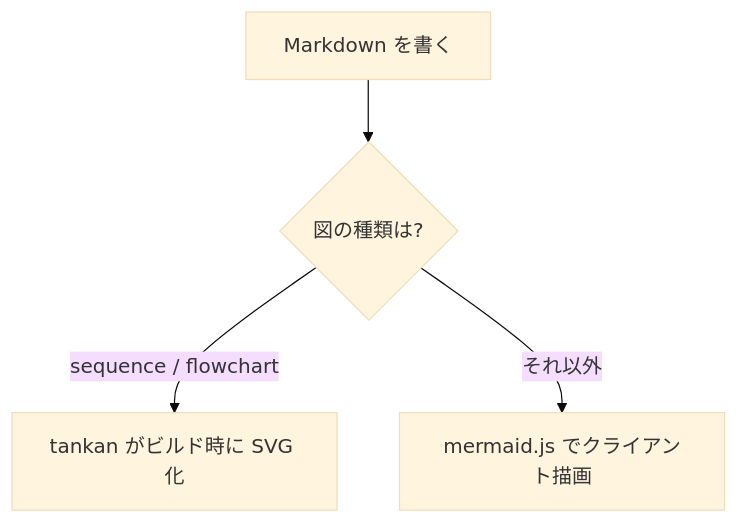
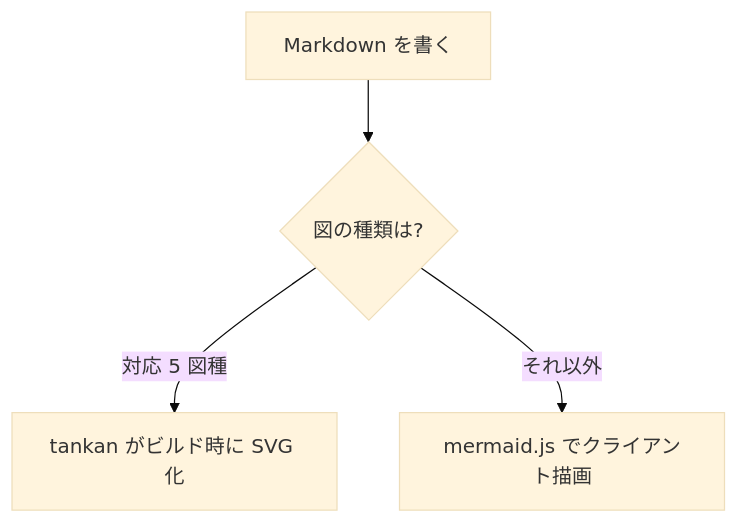
One commit to ai-implementer/yuzu changed the first of 3 diagrams in crates/yuzu-cli/scaffold/getting-started.md. Above: the diagram before and after it, drawn with Mermaid (base theme). The commit also changed other lines of this file and 1 other file, not shown here.

First line of the commit message:
scaffold のサンプルに gantt と ER 図を追加し SSR の説明を 5 図種に更新

````diff
--- a/crates/yuzu-cli/scaffold/getting-started.md
+++ b/crates/yuzu-cli/scaffold/getting-started.md
@@ -72,6 +72,6 @@
 ```mermaid
 flowchart TD
     A[Markdown を書く] --> B{図の種類は?}
-    B -->|sequence / flowchart| C[tankan がビルド時に SVG 化]
+    B -->|対応 5 図種| C[tankan がビルド時に SVG 化]
     B -->|それ以外| D[mermaid.js でクライアント描画]
 ```
````
